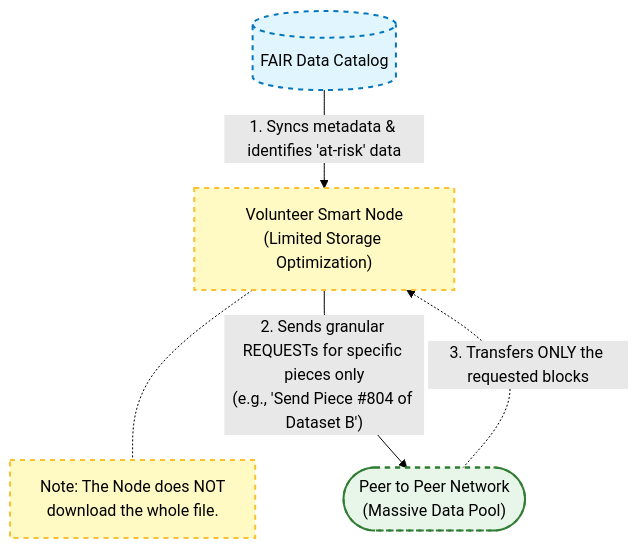
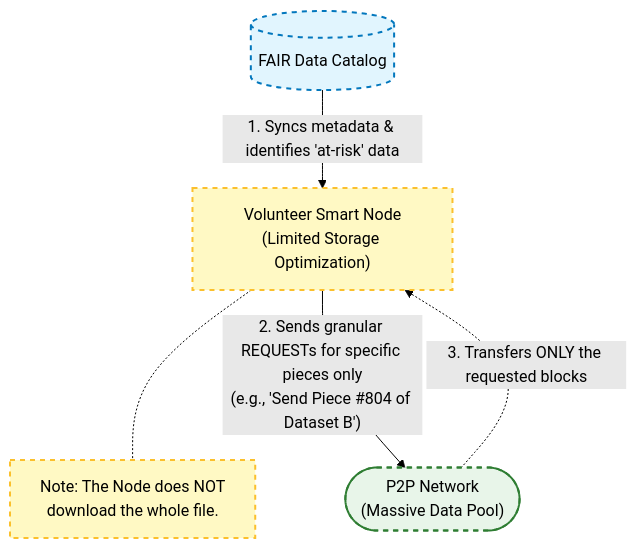
One commit to dataforcanada/www.dataforcanada.org changed the second of 2 diagrams in content/docs/dissemination/_index.md. Above: the diagram before and after it, drawn with Mermaid (forest theme). The commit also changed other lines of this file and 1 other file, not shown here.

````diff
--- a/content/docs/dissemination/_index.md
+++ b/content/docs/dissemination/_index.md
@@ -136,26 +141,26 @@
 ```mermaid
 graph TD
     %% Node Definitions with custom labels
     Catalog[("FAIR Data Catalog")]
     SmartNode["Volunteer Smart Node<br/>(Limited Storage Optimization)"]
-    BTNetwork(["Peer to Peer Network<br/>(Massive Data Pool)"])
+    BTNetwork(["P2P Network<br/>(Massive Data Pool)"])
 
     %% The Process Flow
     Catalog -->|"1. Syncs metadata & identifies 'at-risk' data"| SmartNode
     
     note["Note: The Node does NOT<br/>download the whole file."]
     SmartNode -.- note
 
     SmartNode -->|"2. Sends granular REQUESTs for specific pieces only<br/>(e.g., 'Send Piece #804 of Dataset B')"| BTNetwork
     
     BTNetwork -.->|"3. Transfers ONLY the requested blocks"| SmartNode
 
     %% Optional Styling for visual clarity
     classDef central fill:#e1f5fe,stroke:#0277bd,stroke-width:2px;
     classDef node fill:#fff9c4,stroke:#fbc02d,stroke-width:2px,stroke-dasharray: 5 5;
     classDef network fill:#e8f5e9,stroke:#2e7d32,stroke-width:2px;
     
     class Catalog central;
     class SmartNode node;
     class BTNetwork network;
 ```
````
